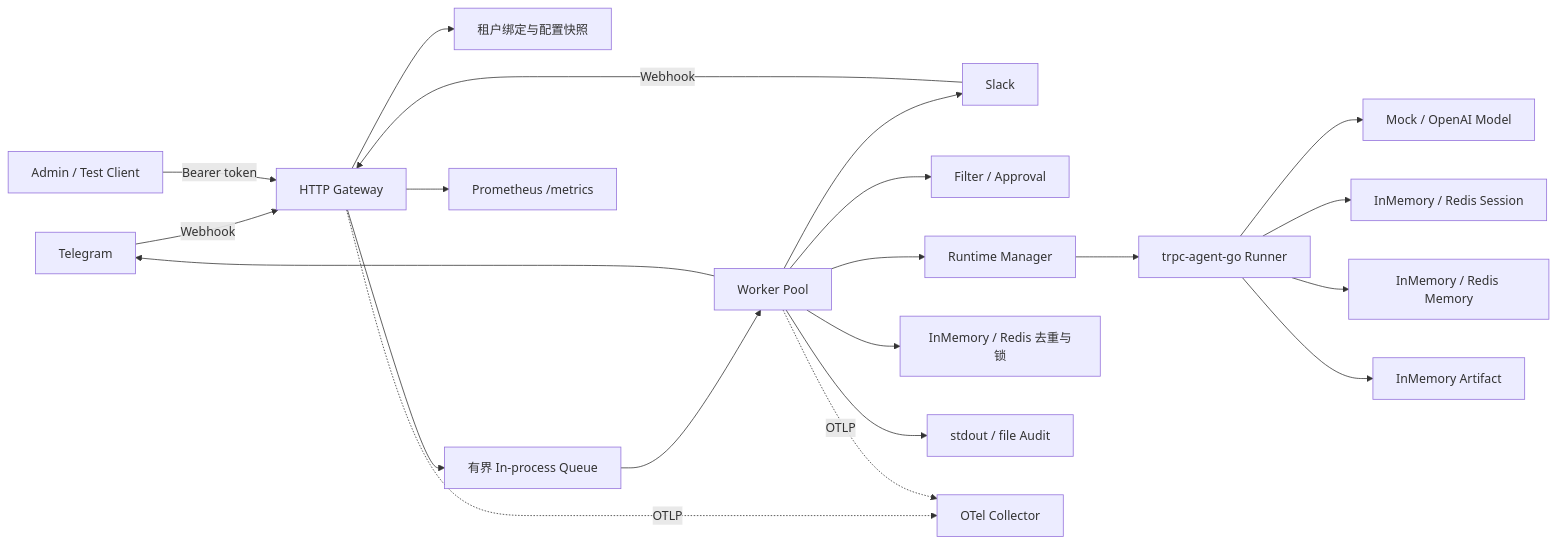
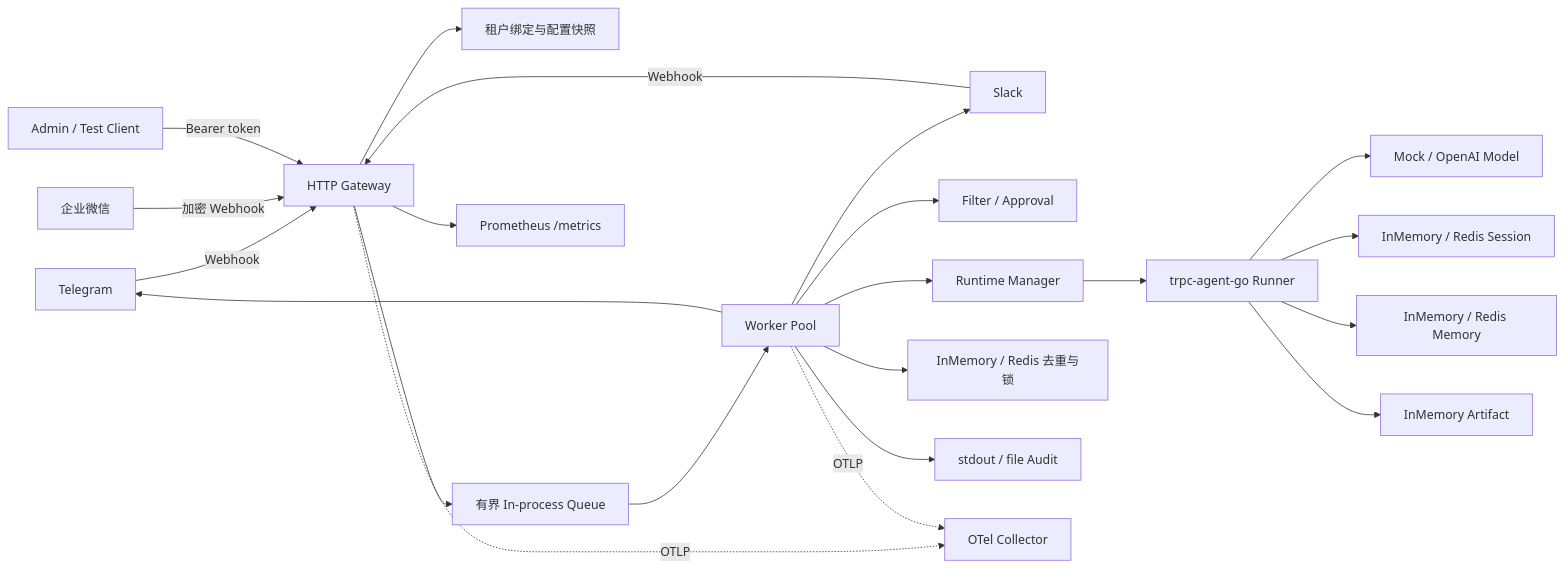
Before and after one commit to cyl6/trpc-agent-service: the first of 5 diagrams in docs/architecture.md, drawn with Mermaid. The commit also changed other lines of this file and 868 other files, not shown here.

````diff
--- a/docs/architecture.md
+++ b/docs/architecture.md
@@ -45,23 +45,24 @@
 ```mermaid
 flowchart LR
     TG[Telegram] -->|Webhook| HTTP[HTTP Gateway]
     SL[Slack] -->|Webhook| HTTP
+    WX[企业微信] -->|加密 Webhook| HTTP
     ADMIN[Admin / Test Client] -->|Bearer token| HTTP
     HTTP --> REG[租户绑定与配置快照]
     HTTP --> IQ[有界 In-process Queue]
     IQ --> WK[Worker Pool]
     WK --> GOV[Filter / Approval]
     WK --> RM[Runtime Manager]
     RM --> RUN[trpc-agent-go Runner]
     RUN --> MOD[Mock / OpenAI Model]
     RUN --> SES[InMemory / Redis Session]
     RUN --> MEM[InMemory / Redis Memory]
     RUN --> ART[InMemory Artifact]
     WK --> COORD[InMemory / Redis 去重与锁]
     WK --> TG
     WK --> SL
     HTTP --> MET[Prometheus /metrics]
     WK --> AUD[stdout / file Audit]
     HTTP -. OTLP .-> OTEL[OTel Collector]
     WK -. OTLP .-> OTEL
 ```
````
